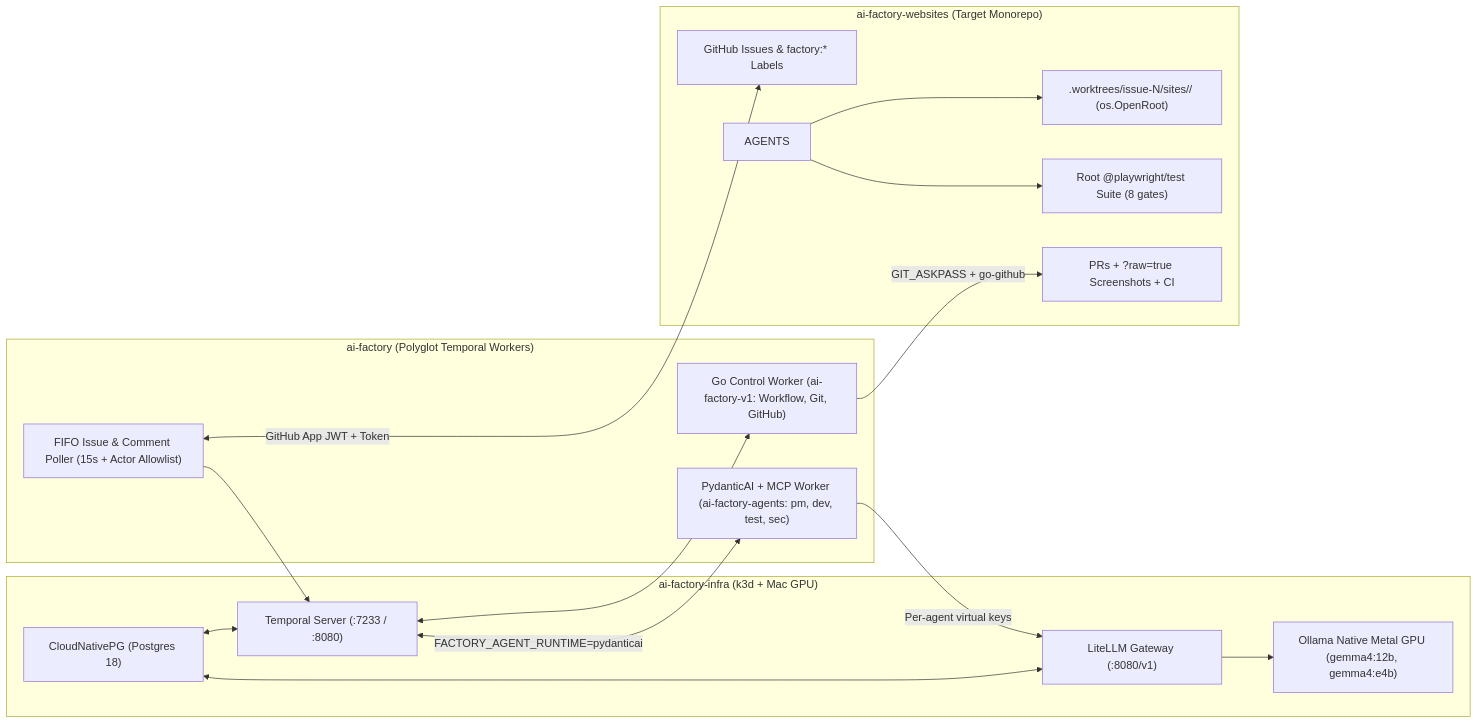
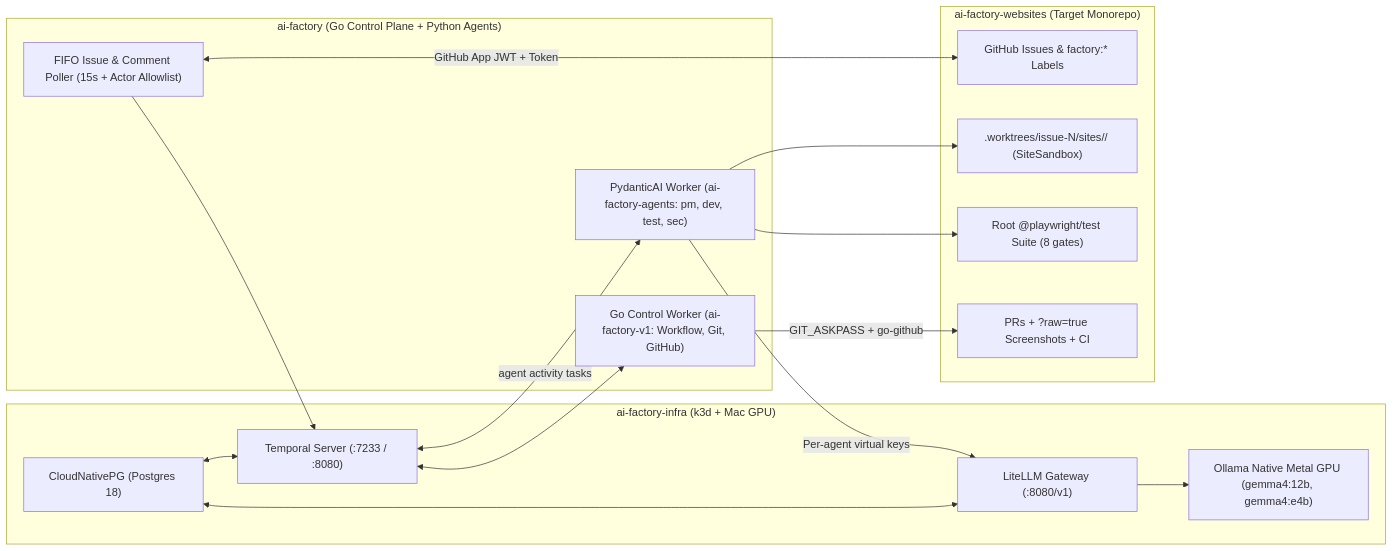
One commit to barbarosydev/ai-factory changed the first of 2 diagrams in docs/architecture.md. Above: the diagram before and after it, drawn with Mermaid. The commit also changed other lines of this file and 60 other files, not shown here.

First line of the commit message:
refactor: standardize on the PydanticAI agent runtime

````diff
--- a/docs/architecture.md
+++ b/docs/architecture.md
@@ -7,33 +7,33 @@
 ```mermaid
 flowchart LR
   subgraph INFRA["ai-factory-infra (k3d + Mac GPU)"]
     CNPG["CloudNativePG (Postgres 18)"]
     TEMP["Temporal Server (:7233 / :8080)"]
     LITE["LiteLLM Gateway (:8080/v1)"]
     OLLAMA["Ollama Native Metal GPU (gemma4:12b, gemma4:e4b)"]
     CNPG <--> TEMP
     CNPG <--> LITE
     LITE --> OLLAMA
   end
 
-  subgraph FACTORY["ai-factory (Polyglot Temporal Workers)"]
+  subgraph FACTORY["ai-factory (Go Control Plane + Python Agents)"]
     POLLER["FIFO Issue & Comment Poller (15s + Actor Allowlist)"]
     WORKER["Go Control Worker (ai-factory-v1: Workflow, Git, GitHub)"]
-    PYWORKER["PydanticAI + MCP Worker (ai-factory-agents: pm, dev, test, sec)"]
+    PYWORKER["PydanticAI Worker (ai-factory-agents: pm, dev, test, sec)"]
     POLLER --> TEMP
     TEMP <--> WORKER
-    TEMP <-->|FACTORY_AGENT_RUNTIME=pydanticai| PYWORKER
+    TEMP <-->|agent activity tasks| PYWORKER
     PYWORKER -->|Per-agent virtual keys| LITE
   end
 
   subgraph TARGET["ai-factory-websites (Target Monorepo)"]
     ISSUES["GitHub Issues & factory:* Labels"]
-    WT[".worktrees/issue-N/sites/<slug>/ (os.OpenRoot)"]
+    WT[".worktrees/issue-N/sites/<slug>/ (SiteSandbox)"]
     PW["Root @playwright/test Suite (8 gates)"]
     PRS["PRs + ?raw=true Screenshots + CI"]
     POLLER <-->|GitHub App JWT + Token| ISSUES
-    AGENTS --> WT
-    AGENTS --> PW
+    PYWORKER --> WT
+    PYWORKER --> PW
     WORKER -->|GIT_ASKPASS + go-github| PRS
   end
 ```
````
